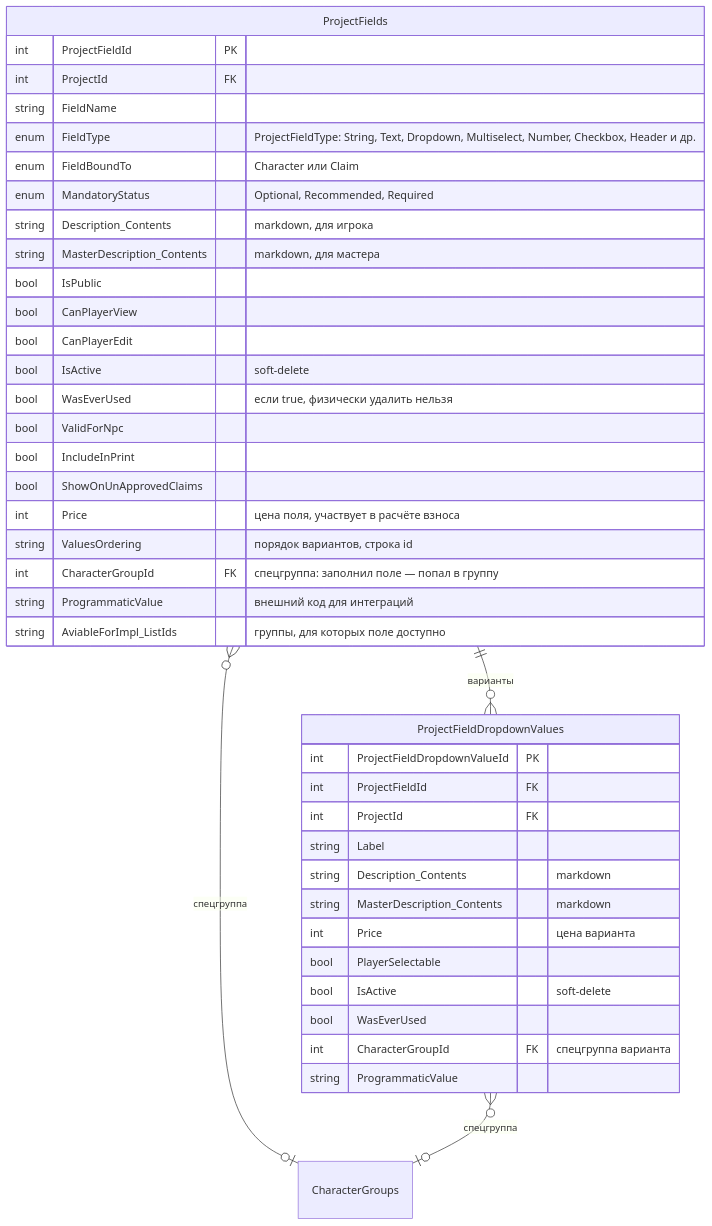
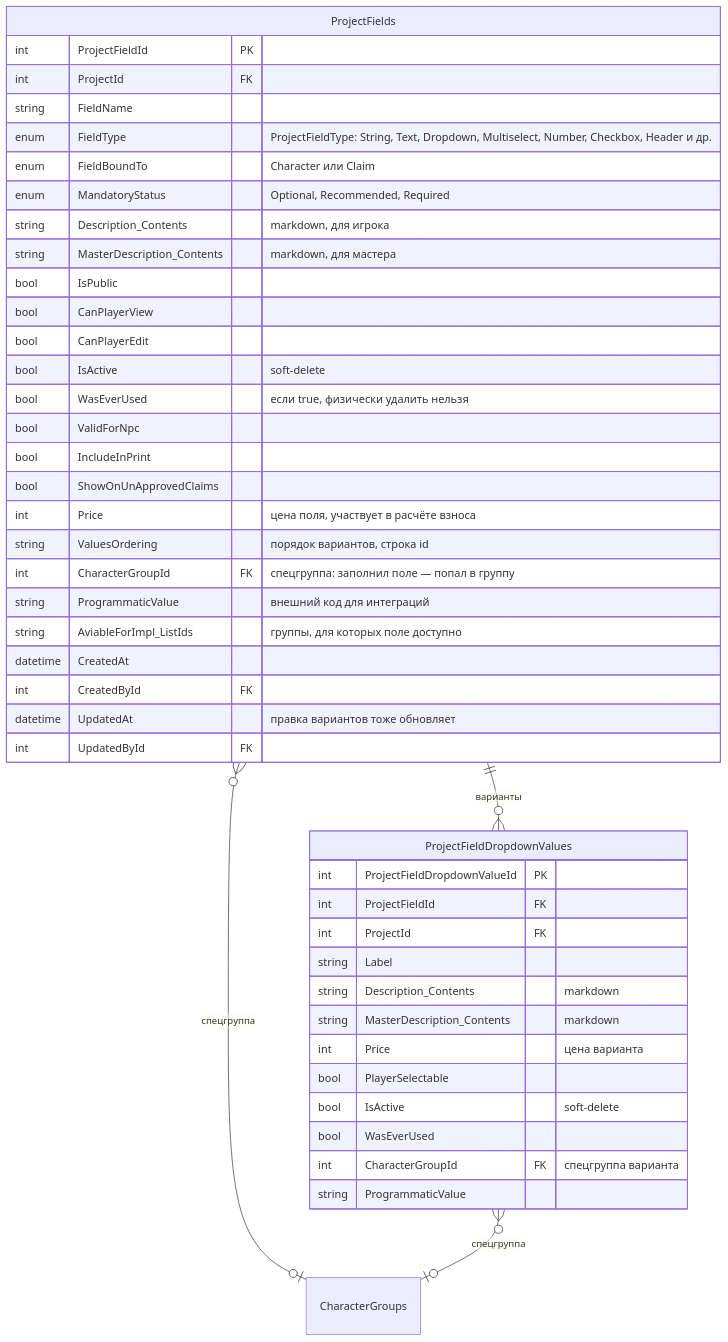
The third of 11 diagrams in docs/db-schema.md (joinrpg/joinrpg-net), drawn with Mermaid before and after one commit. The commit also changed 8 other files, not shown here.

````diff
--- a/docs/db-schema.md
+++ b/docs/db-schema.md
@@ -264,45 +264,49 @@
 ```mermaid
 erDiagram
     ProjectFields {
         int ProjectFieldId PK
         int ProjectId FK
         string FieldName
         enum FieldType "ProjectFieldType: String, Text, Dropdown, Multiselect, Number, Checkbox, Header и др."
         enum FieldBoundTo "Character или Claim"
         enum MandatoryStatus "Optional, Recommended, Required"
         string Description_Contents "markdown, для игрока"
         string MasterDescription_Contents "markdown, для мастера"
         bool IsPublic
         bool CanPlayerView
         bool CanPlayerEdit
         bool IsActive "soft-delete"
         bool WasEverUsed "если true, физически удалить нельзя"
         bool ValidForNpc
         bool IncludeInPrint
         bool ShowOnUnApprovedClaims
         int Price "цена поля, участвует в расчёте взноса"
         string ValuesOrdering "порядок вариантов, строка id"
         int CharacterGroupId FK "спецгруппа: заполнил поле — попал в группу"
         string ProgrammaticValue "внешний код для интеграций"
         string AviableForImpl_ListIds "группы, для которых поле доступно"
+        datetime CreatedAt
+        int CreatedById FK
+        datetime UpdatedAt "правка вариантов тоже обновляет"
+        int UpdatedById FK
     }
 
     ProjectFieldDropdownValues {
         int ProjectFieldDropdownValueId PK
         int ProjectFieldId FK
         int ProjectId FK
         string Label
         string Description_Contents "markdown"
         string MasterDescription_Contents "markdown"
         int Price "цена варианта"
         bool PlayerSelectable
         bool IsActive "soft-delete"
         bool WasEverUsed
         int CharacterGroupId FK "спецгруппа варианта"
         string ProgrammaticValue
     }
 
     ProjectFields ||--o{ ProjectFieldDropdownValues : "варианты"
     ProjectFields }o--o| CharacterGroups : "спецгруппа"
     ProjectFieldDropdownValues }o--o| CharacterGroups : "спецгруппа"
 ```
````
